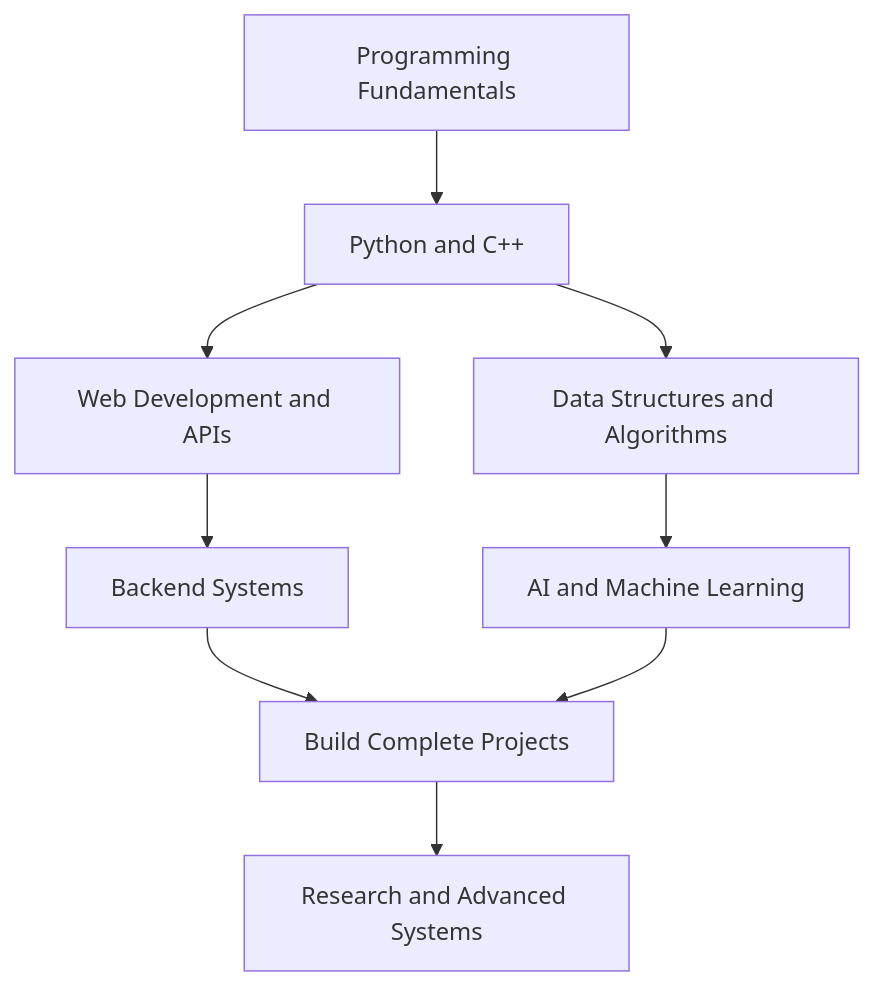
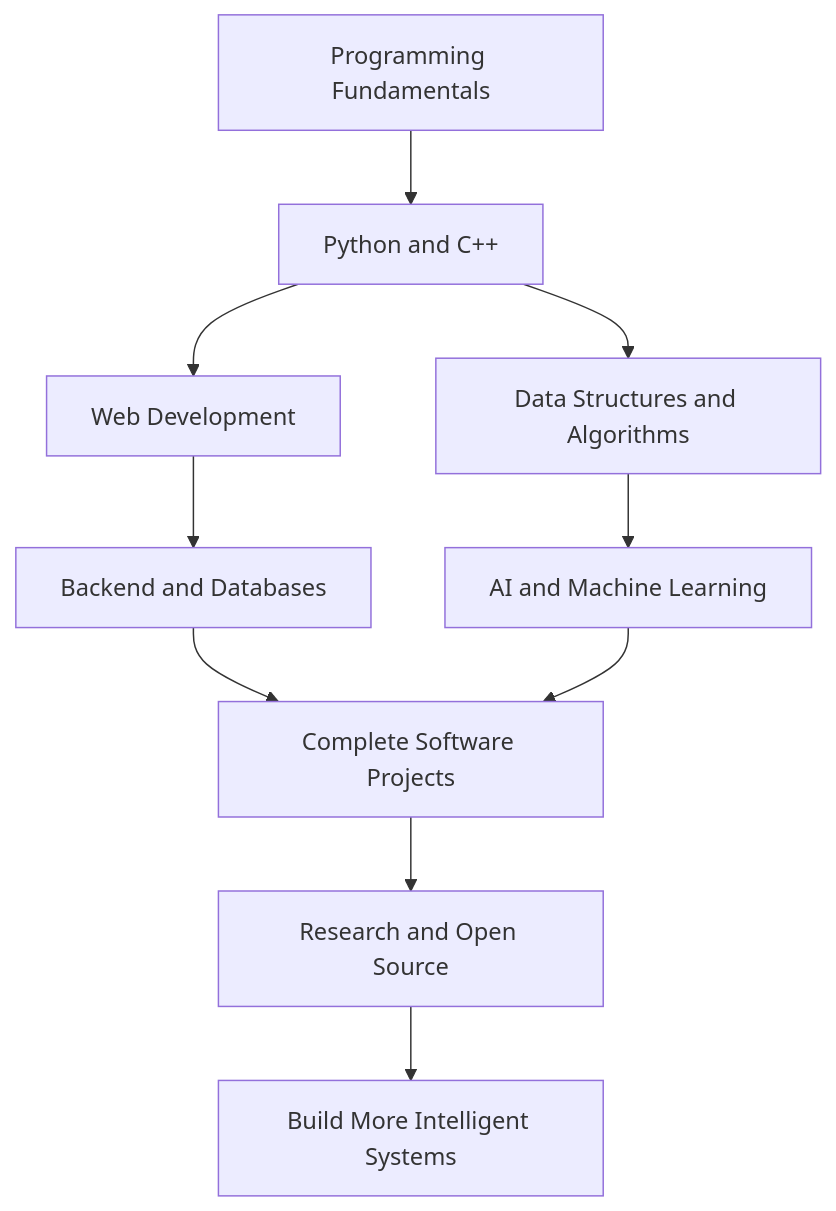
The diagram in README.md (suryansh-cse/Suryansh-cse), drawn with Mermaid before and after one commit. The commit also changed other lines of this file, not shown here.

````diff
--- a/README.md
+++ b/README.md
@@ -116,11 +117,12 @@
 ```mermaid
 flowchart TD
     A[Programming Fundamentals] --> B[Python and C++]
     B --> C[Data Structures and Algorithms]
-    B --> D[Web Development and APIs]
-    D --> E[Backend Systems]
+    B --> D[Web Development]
+    D --> E[Backend and Databases]
     C --> F[AI and Machine Learning]
-    E --> G[Build Complete Projects]
+    E --> G[Complete Software Projects]
     F --> G
-    G --> H[Research and Advanced Systems]
+    G --> H[Research and Open Source]
+    H --> I[Build More Intelligent Systems]
 ```
````
